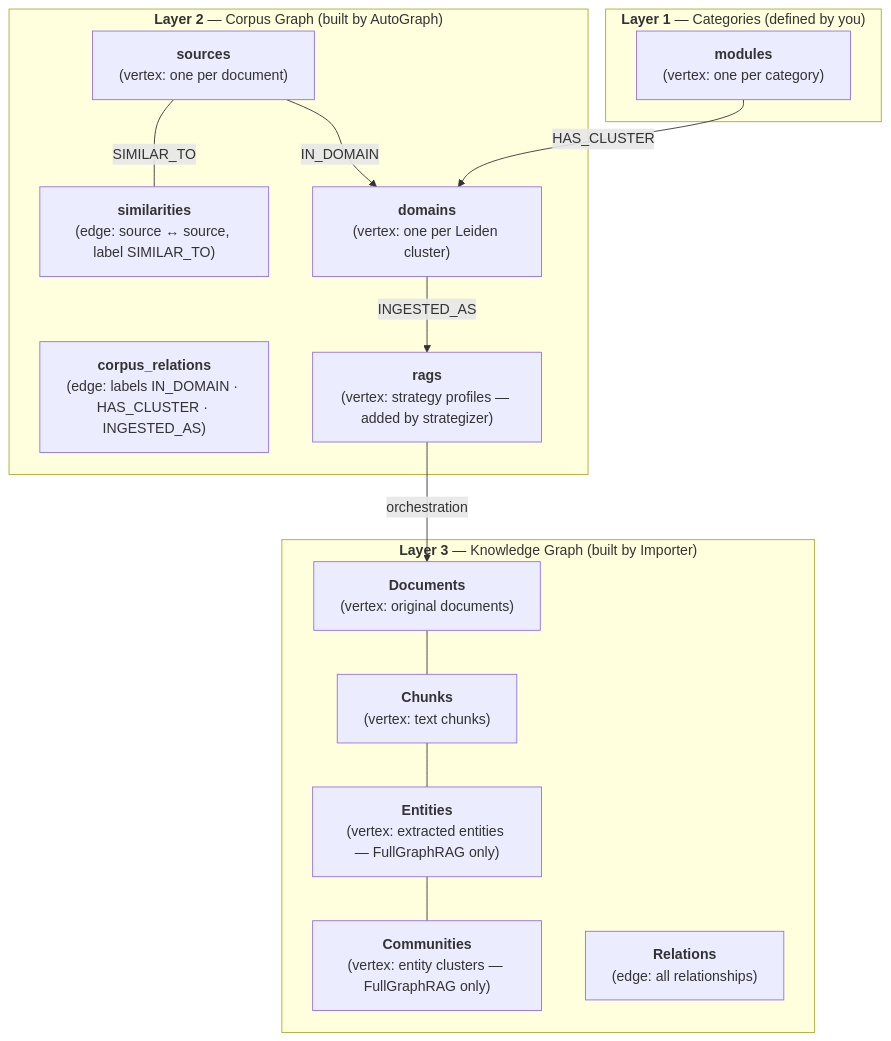
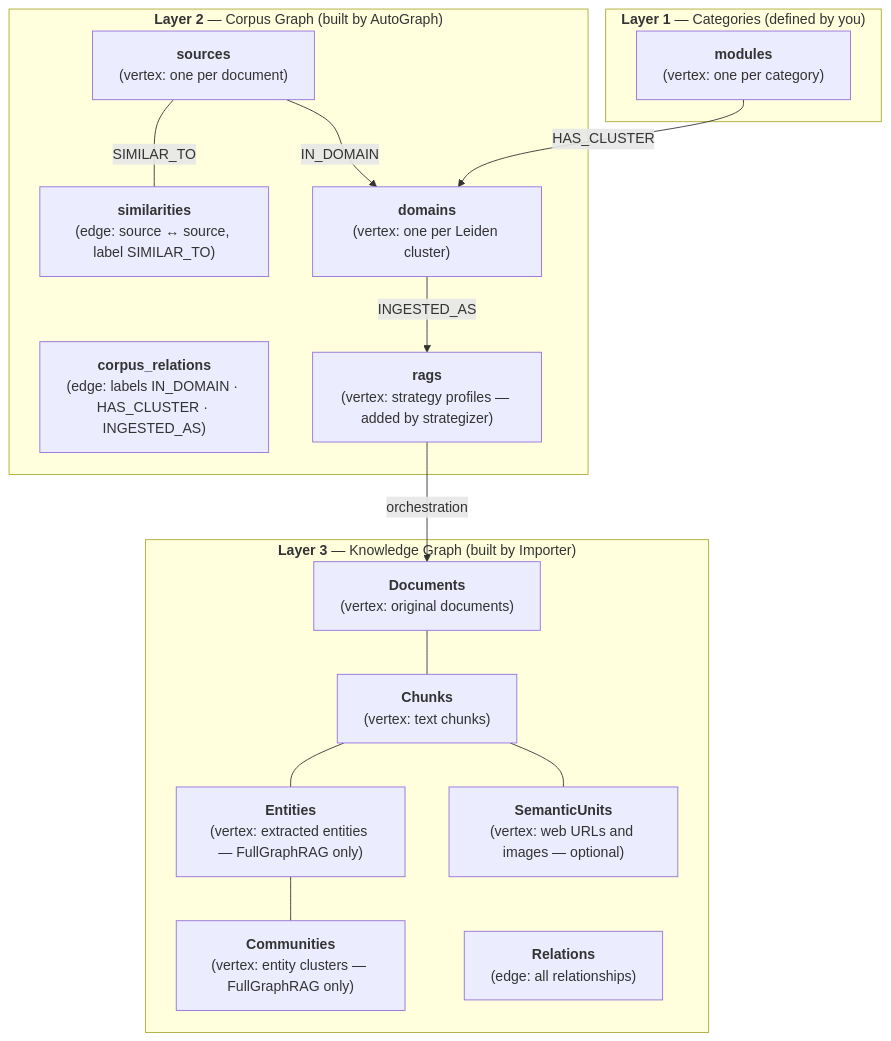
One commit to arangodb/docs-hugo changed the first of 3 diagrams in site/content/agentic-ai-suite/autograph/architecture.md. Above: the diagram before and after it, drawn with Mermaid. The commit also changed other lines of this file, not shown here.

Commit message:
AutoGraph: Update Mermaid diagrams based on upstream PR

````diff
--- a/site/content/agentic-ai-suite/autograph/architecture.md
+++ b/site/content/agentic-ai-suite/autograph/architecture.md
@@ -28,42 +28,45 @@
 ```mermaid
 graph TD
-  subgraph "`**Layer 1** — Categories  (defined by you)`"
+  subgraph "`**Layer 1** — Categories (defined by you)`"
     modules["`**modules**
       (vertex: one per category)`"]
   end
 
-  subgraph "`**Layer 2** — Corpus Graph  (built by AutoGraph)`"
+  subgraph "`**Layer 2** — Corpus Graph (built by AutoGraph)`"
     sources["`**sources**
       (vertex: one per document)`"]
     similarities["`**similarities**
       (edge: source ↔ source, label SIMILAR_TO)`"]
     domains["`**domains**
       (vertex: one per Leiden cluster)`"]
     corpus_relations["`**corpus_relations**
       (edge: labels IN_DOMAIN · HAS_CLUSTER · INGESTED_AS)`"]
     rags["`**rags**
       (vertex: strategy profiles — added by strategizer)`"]
   end
 
-  subgraph "`**Layer 3** — Knowledge Graph  (built by Importer)`"
+  subgraph "`**Layer 3** — Knowledge Graph (built by Importer)`"
     Documents["`**Documents**
       (vertex: original documents)`"]
     Chunks["`**Chunks**
       (vertex: text chunks)`"]
     Entities["`**Entities**
       (vertex: extracted entities — FullGraphRAG only)`"]
     Communities["`**Communities**
       (vertex: entity clusters — FullGraphRAG only)`"]
+    SemanticUnits["`**SemanticUnits**
+      (vertex: web URLs and images — optional)`"]
     Relations["`**Relations**
       (edge: all relationships)`"]
   end
 
   modules -->|HAS_CLUSTER| domains
   sources ---|SIMILAR_TO| similarities
   sources -->|IN_DOMAIN| domains
   domains -->|INGESTED_AS| rags
   rags -->|orchestration| Documents
   Documents --- Chunks
   Chunks --- Entities
+  Chunks --- SemanticUnits
   Entities --- Communities
 ```
````
